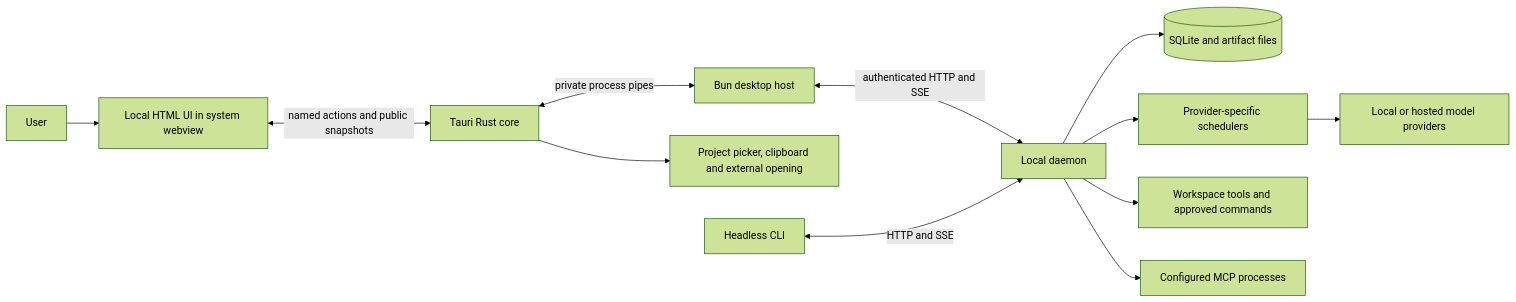
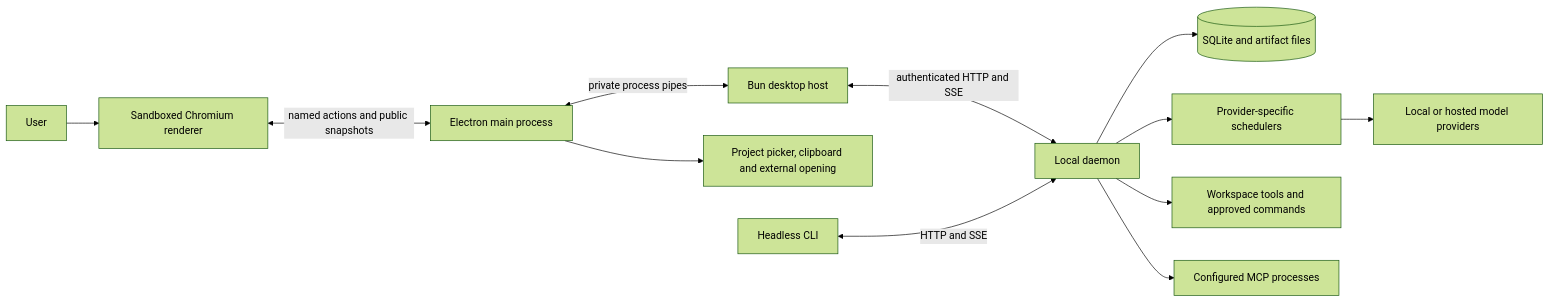
The first of 3 diagrams in docs/architecture.md (Shingi-Michael/demesne-cli), drawn with Mermaid (forest theme) before and after one commit. The commit also changed other lines of this file and 55 other files, not shown here.

First line of the commit message:
Migrate desktop to Electron, rework the UI, and fix compaction

````diff
--- a/docs/architecture.md
+++ b/docs/architecture.md
@@ -7,14 +7,14 @@
 ```mermaid
 flowchart LR
-    Person[User] --> Page[Local HTML UI in system webview]
-    Page <-->|named actions and public snapshots| Rust[Tauri Rust core]
-    Rust <-->|private process pipes| Host[Bun desktop host]
-    Rust --> Native[Project picker, clipboard and external opening]
+    Person[User] --> Page[Sandboxed Chromium renderer]
+    Page <-->|named actions and public snapshots| Main[Electron main process]
+    Main <-->|private process pipes| Host[Bun desktop host]
+    Main --> Native[Project picker, clipboard and external opening]
     Host <-->|authenticated HTTP and SSE| Daemon[Local daemon]
     CLI[Headless CLI] <-->|HTTP and SSE| Daemon
     Daemon --> Store[(SQLite and artifact files)]
     Daemon --> Slots[Provider-specific schedulers]
     Slots --> Models[Local or hosted model providers]
     Daemon --> Tools[Workspace tools and approved commands]
     Daemon --> MCP[Configured MCP processes]
 ```
````
